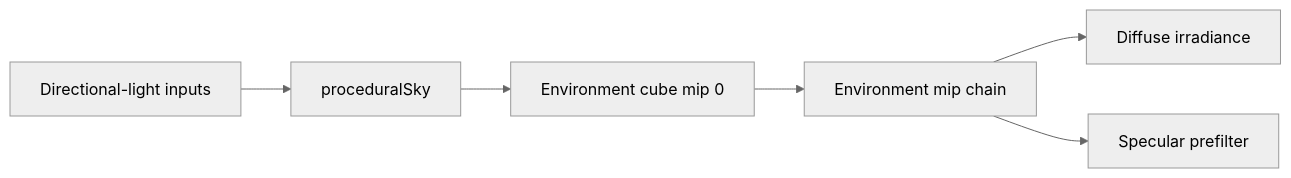
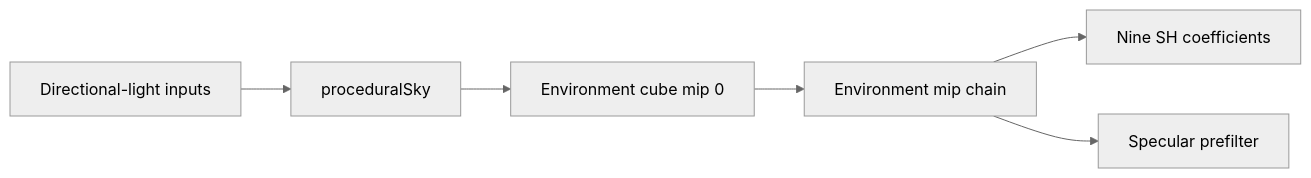
One commit to saffronjam/SaffronEngine changed the diagram in docs/content/explanations/image-based-lighting/procedural-sky.md. Above: the diagram before and after it, drawn with Mermaid (neutral theme). The commit also changed other lines of this file and 1 other file, not shown here.

Commit message:
docs: explain dynamic atmosphere lighting
- Document atmosphere refreshes, coupled sun and moon lights, and physical sky discs

````diff
--- a/docs/content/explanations/image-based-lighting/procedural-sky.md
+++ b/docs/content/explanations/image-based-lighting/procedural-sky.md
@@ -51,8 +51,8 @@
 ```mermaid
 flowchart LR
     A[Directional-light inputs] --> B[proceduralSky]
     B --> C[Environment cube mip 0]
     C --> D[Environment mip chain]
-    D --> E[Diffuse irradiance]
+    D --> E[Nine SH coefficients]
     D --> F[Specular prefilter]
 ```
````
